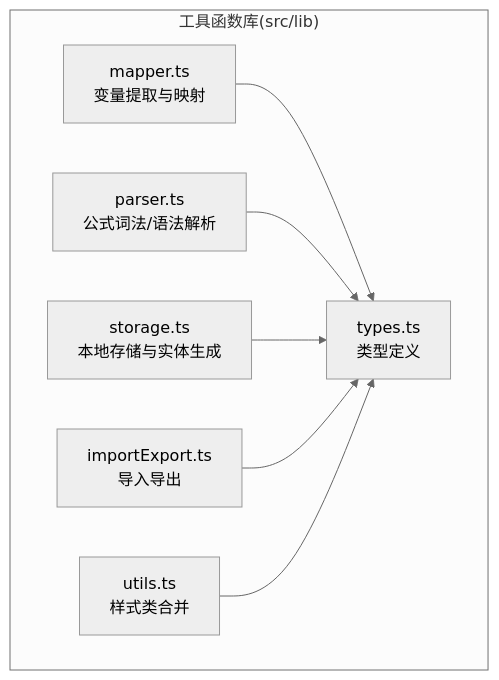
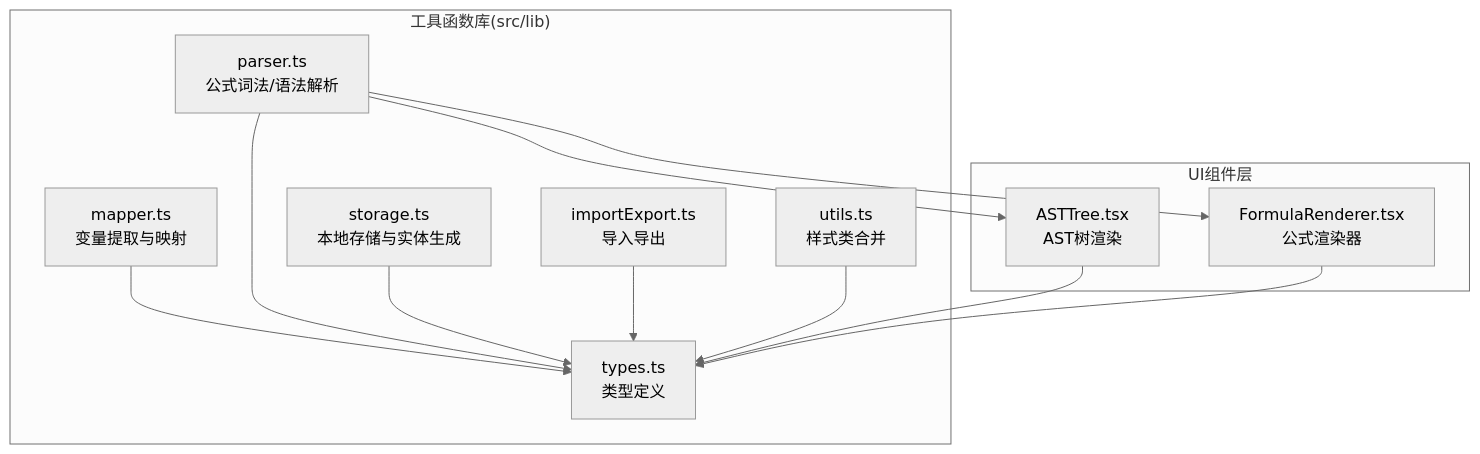
One commit to steveyu2/formula-mapper changed the first of 6 diagrams in .qoder/repowiki/zh/content/开发者指南/核心模块实现/工具函数库.md. Above: the diagram before and after it, drawn with Mermaid (neutral theme). The commit also changed other lines of this file and 10 other files, not shown here.

````diff
--- a/.qoder/repowiki/zh/content/开发者指南/核心模块实现/工具函数库.md
+++ b/.qoder/repowiki/zh/content/开发者指南/核心模块实现/工具函数库.md
@@ -31,16 +34,24 @@
 ```mermaid
 graph TB
 subgraph "工具函数库(src/lib)"
 U["utils.ts<br/>样式类合并"]
 M["mapper.ts<br/>变量提取与映射"]
 P["parser.ts<br/>公式词法/语法解析"]
 S["storage.ts<br/>本地存储与实体生成"]
 IE["importExport.ts<br/>导入导出"]
 T["types.ts<br/>类型定义"]
 end
+subgraph "UI组件层"
+AT["ASTTree.tsx<br/>AST树渲染"]
+FR["FormulaRenderer.tsx<br/>公式渲染器"]
+end
 M --> T
 P --> T
 S --> T
 IE --> T
 U --> T
+AT --> T
+FR --> T
+P --> AT
+P --> FR
 ```
````
